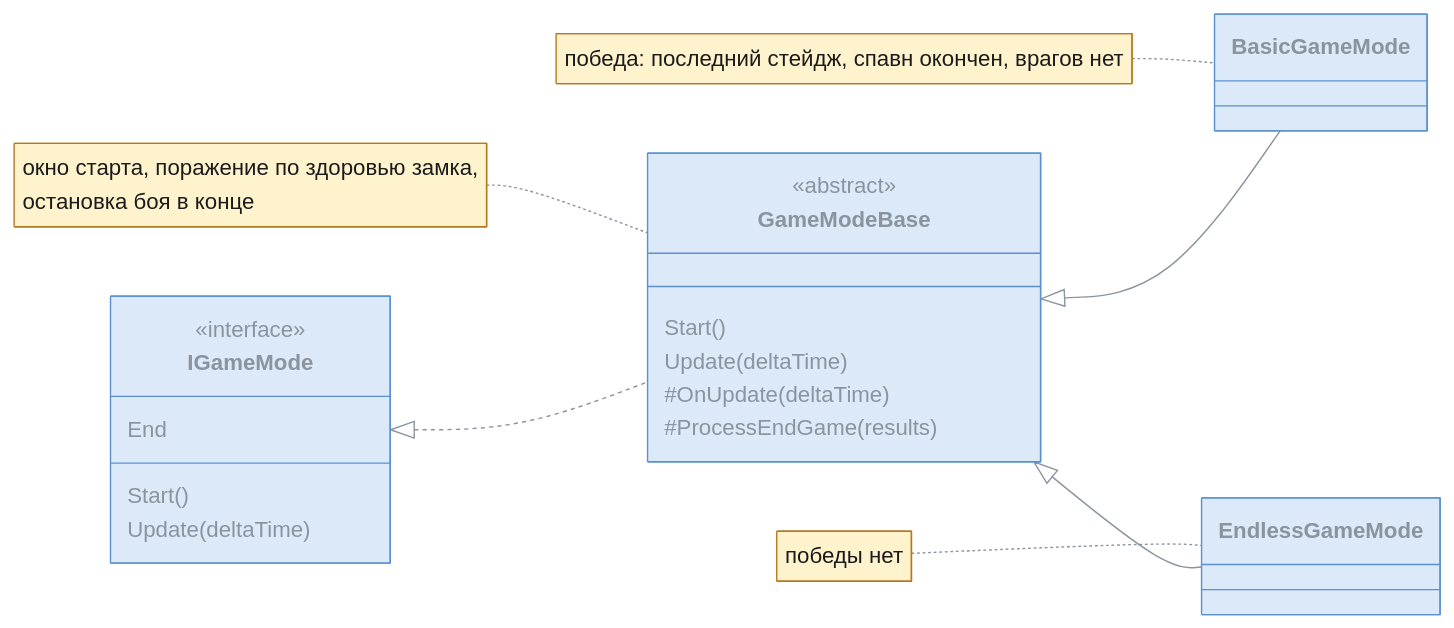
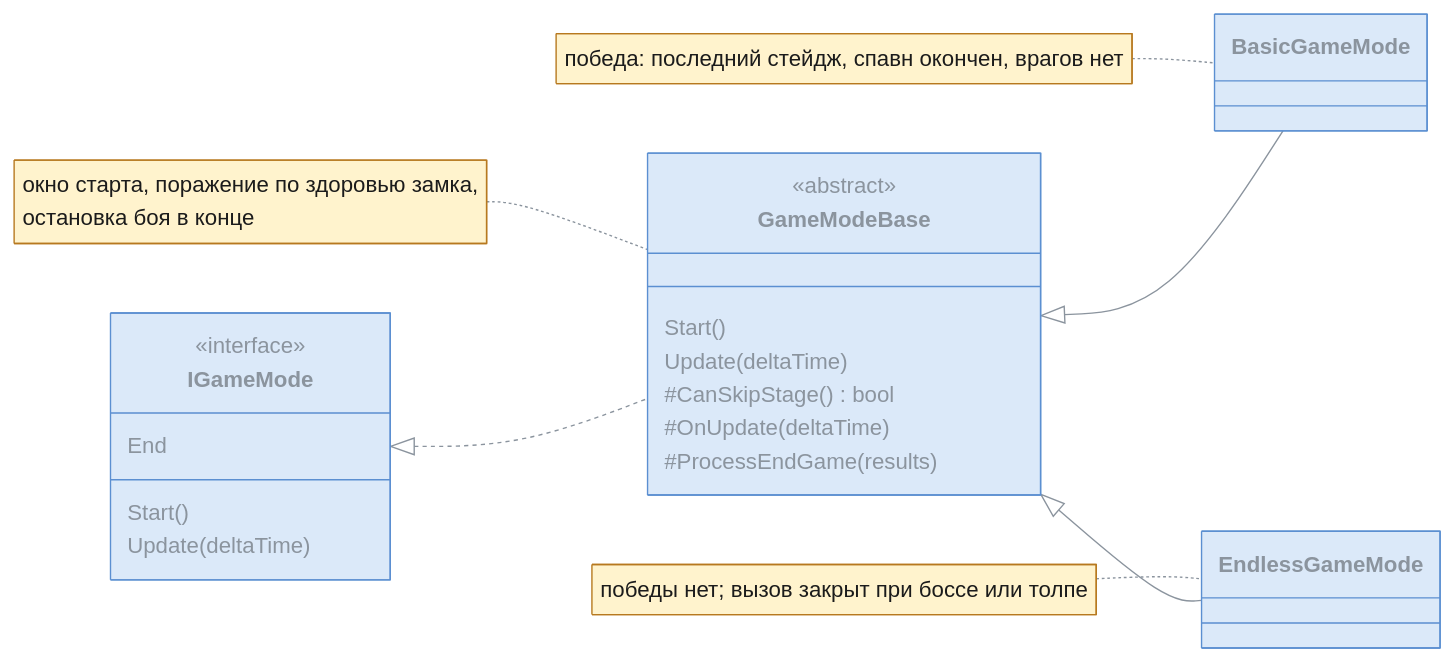
Before and after one commit to TheImperialGuard/KingdomStandTD: the fourth of 24 diagrams in Docs/EndlessModeArchitecture.md, drawn with Mermaid. The commit also changed other lines of this file, not shown here.

Commit message:
docs(endless): Draw the bosses, health growth and wave call of the endless mode

````diff
--- a/Docs/EndlessModeArchitecture.md
+++ b/Docs/EndlessModeArchitecture.md
@@ -129,31 +130,32 @@
 ```mermaid
 %%{init: {"theme": "base", "themeVariables": {"primaryColor": "#dbe9f9", "primaryTextColor": "#1b1b1b", "primaryBorderColor": "#5b8fd1", "lineColor": "#8b949e", "textColor": "#8b949e", "noteBkgColor": "#fff3cd", "noteTextColor": "#1b1b1b", "noteBorderColor": "#b7791f"}}}%%
 classDiagram
     direction LR
 
     class IGameMode {
         <<interface>>
         End
         Start()
         Update(deltaTime)
     }
 
     class GameModeBase {
         <<abstract>>
         Start()
         Update(deltaTime)
+        #CanSkipStage() bool
         #OnUpdate(deltaTime)
         #ProcessEndGame(results)
     }
 
     class BasicGameMode
     class EndlessGameMode
 
     IGameMode <|.. GameModeBase
     GameModeBase <|-- BasicGameMode
     GameModeBase <|-- EndlessGameMode
 
     note for GameModeBase "окно старта, поражение по здоровью замка,<br/>остановка боя в конце"
     note for BasicGameMode "победа: последний стейдж, спавн окончен, врагов нет"
-    note for EndlessGameMode "победы нет"
+    note for EndlessGameMode "победы нет; вызов закрыт при боссе или толпе"
 ```
````
